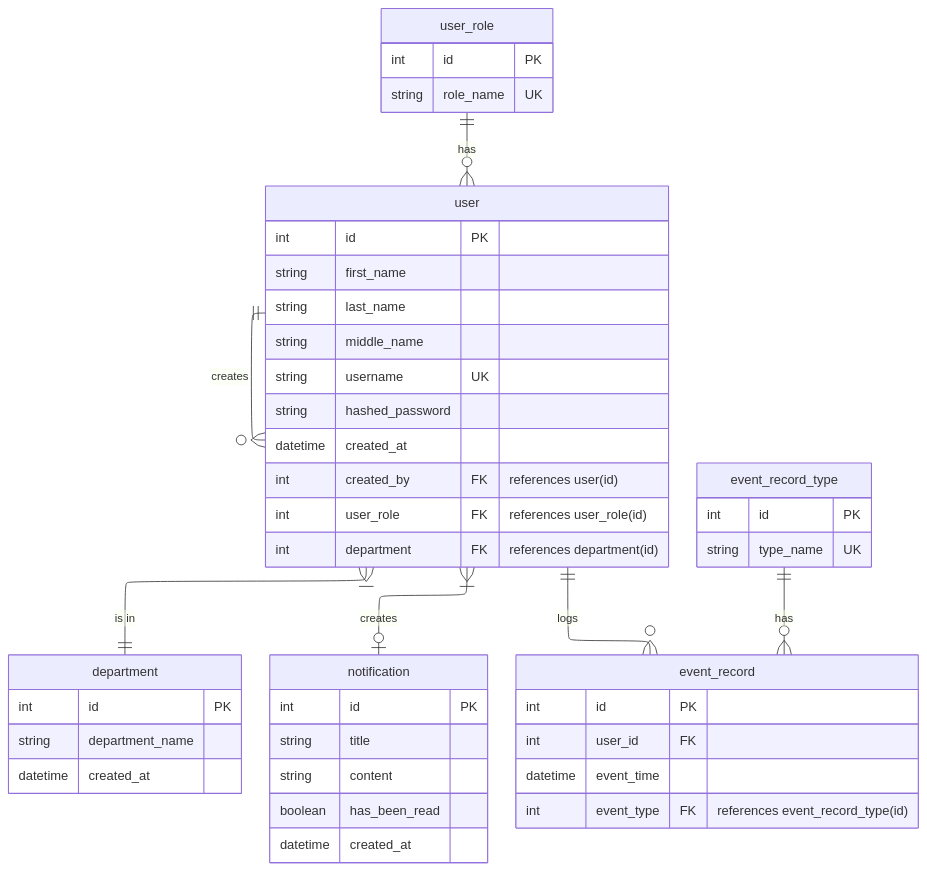
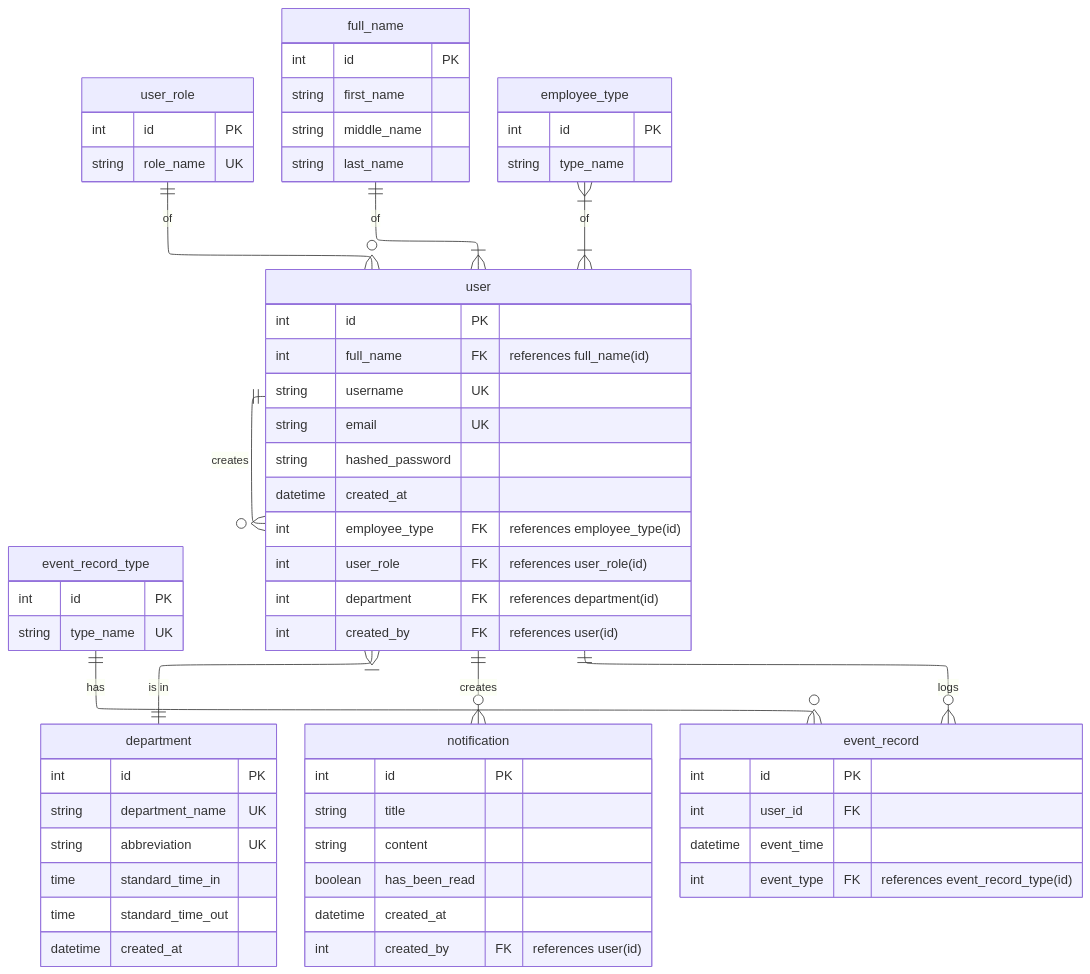
The first of 2 diagrams in README.md (TheoDrHashiriya/daily-time-record), drawn with Mermaid before and after one commit. The commit also changed 37 other files, not shown here.

````diff
--- a/README.md
+++ b/README.md
@@ -19,51 +19,69 @@
 ```mermaid
 ---
 config:
   layout: elk
 ---
 erDiagram
-department{
-int id PK
-string department_name
-datetime created_at
-}
-user_role{
-int id PK
-string role_name UK
-}
-user{
-int id PK
-string first_name
-string last_name
-string middle_name
-string username UK
-string hashed_password
-datetime created_at
-int created_by FK "references user(id)"
-int user_role FK "references user_role(id)"
-int department FK "references department(id)"
-}
-notification{
-int id PK
-string title
-string content
-boolean has_been_read
-datetime created_at
-}
-event_record_type{
-int id PK
-string type_name UK
-}
-event_record{
-int id PK
-int user_id FK
-datetime event_time
-int event_type FK "references event_record_type(id)"
-}
-user||--o{user:"creates"
-user_role||--o{user:"has"
-user}|--||department:"is in"
-user}|--o|notification:"creates"
-user||--o{event_record:"logs"
-event_record_type||--o{event_record:"has"
+	direction TB
+	department {
+		int id PK ""  
+		string department_name UK ""  
+		string abbreviation UK ""  
+		time standard_time_in  ""  
+		time standard_time_out  ""  
+		datetime created_at  ""  
+	}
+	user_role {
+		int id PK ""  
+		string role_name UK ""  
+	}
+	notification {
+		int id PK ""  
+		string title  ""  
+		string content  ""  
+		boolean has_been_read  ""  
+		datetime created_at  ""  
+		int created_by FK "references user(id)"  
+	}
+	event_record_type {
+		int id PK ""  
+		string type_name UK ""  
+	}
+	full_name {
+		int id PK ""  
+		string first_name  ""  
+		string middle_name  ""  
+		string last_name  ""  
+	}
+	employee_type {
+		int id PK ""  
+		string type_name  ""  
+	}
+	user {
+		int id PK ""  
+		int full_name FK "references full_name(id)"  
+		string username UK ""  
+		string email UK ""  
+		string hashed_password  ""  
+		datetime created_at  ""  
+		int employee_type FK "references employee_type(id)"  
+		int user_role FK "references user_role(id)"  
+		int department FK "references department(id)"  
+		int created_by FK "references user(id)"  
+	}
+	event_record {
+		int id PK ""  
+		int user_id FK ""  
+		datetime event_time  ""  
+		int event_type FK "references event_record_type(id)"  
+	}
+
+	user||--o{user:"creates"
+	user_role||--o{user:"of"
+	user}|--||department:"is in"
+	user||--o{notification:"creates"
+	user||--o{event_record:"logs"
+	event_record_type||--o{event_record:"has"
+	full_name||--|{user:"of"
+	employee_type}|--|{user:"of"
 ```
````
